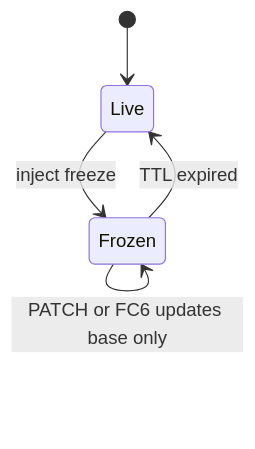
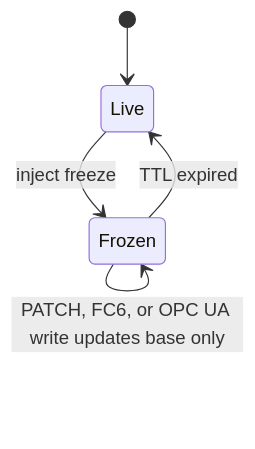
One commit to obsidia-systems/simbus changed the second of 2 diagrams in docs/simulation.md. Above: the diagram before and after it, drawn with Mermaid. The commit also changed other lines of this file and 8 other files, not shown here.

````diff
--- a/docs/simulation.md
+++ b/docs/simulation.md
@@ -231,7 +231,7 @@
 ```mermaid
 stateDiagram-v2
     [*] --> Live
     Live --> Frozen: inject freeze
-    Frozen --> Frozen: PATCH or FC6 updates base only
+    Frozen --> Frozen: PATCH, FC6, or OPC UA write updates base only
     Frozen --> Live: TTL expired
 ```
````
